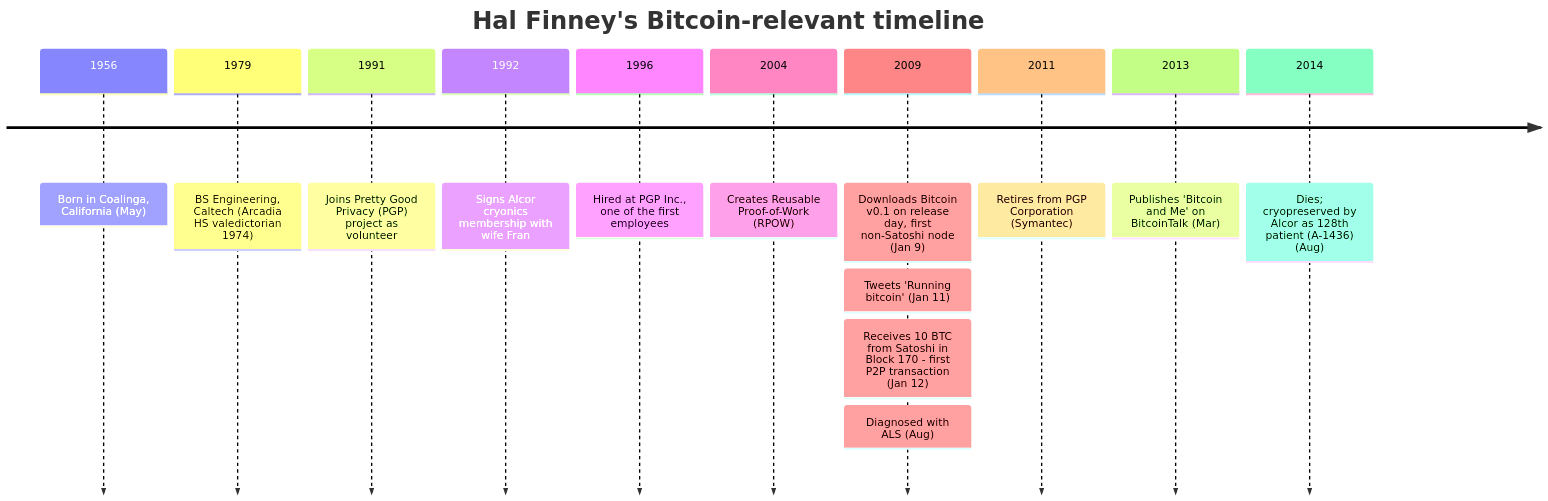
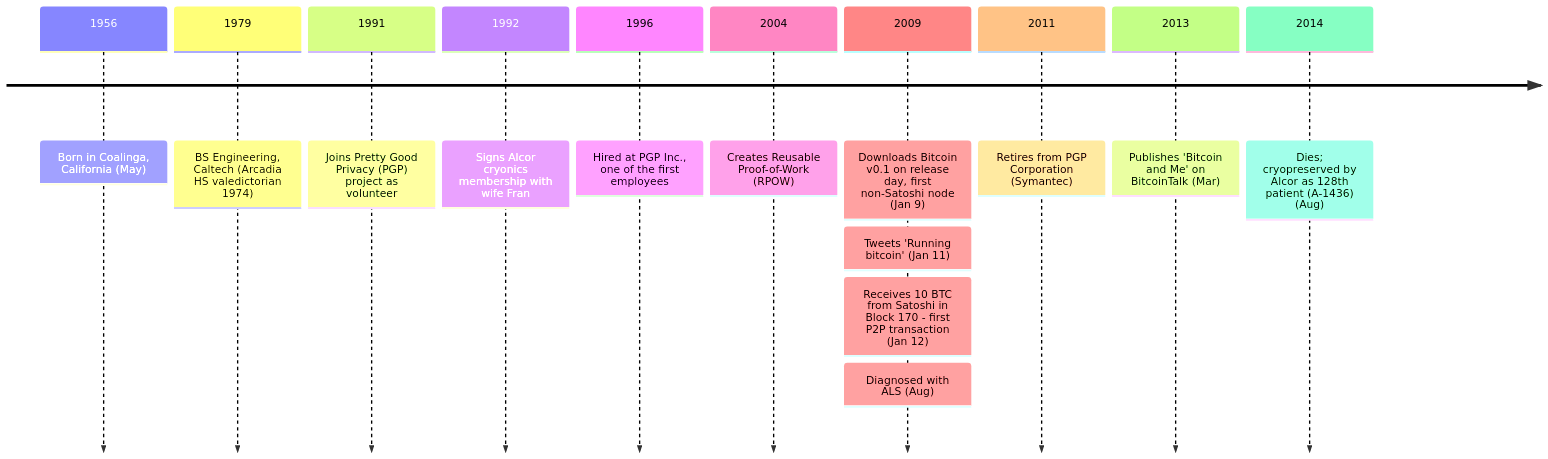
One commit to cypher256/BitcoinArchive changed the diagram in src/data/entries/en/aftermath/2014-08-28-hal-finney-biography.md. Above: the diagram before and after it, drawn with Mermaid. The commit also changed other lines of this file and 50 other files, not shown here.

````diff
--- a/src/data/entries/en/aftermath/2014-08-28-hal-finney-biography.md
+++ b/src/data/entries/en/aftermath/2014-08-28-hal-finney-biography.md
@@ -63,17 +65,16 @@
 ```mermaid
 timeline
-    title Hal Finney's Bitcoin-relevant timeline
     1956 : Born in Coalinga, California (May)
     1979 : BS Engineering, Caltech (Arcadia HS valedictorian 1974)
     1991 : Joins Pretty Good Privacy (PGP) project as volunteer
     1992 : Signs Alcor cryonics membership with wife Fran
     1996 : Hired at PGP Inc., one of the first employees
     2004 : Creates Reusable Proof-of-Work (RPOW)
     2009 : Downloads Bitcoin v0.1 on release day, first non-Satoshi node (Jan 9)
          : Tweets 'Running bitcoin' (Jan 11)
          : Receives 10 BTC from Satoshi in Block 170 - first P2P transaction (Jan 12)
          : Diagnosed with ALS (Aug)
     2011 : Retires from PGP Corporation (Symantec)
     2013 : Publishes 'Bitcoin and Me' on BitcoinTalk (Mar)
     2014 : Dies; cryopreserved by Alcor as 128th patient (A-1436) (Aug)
 ```
````
